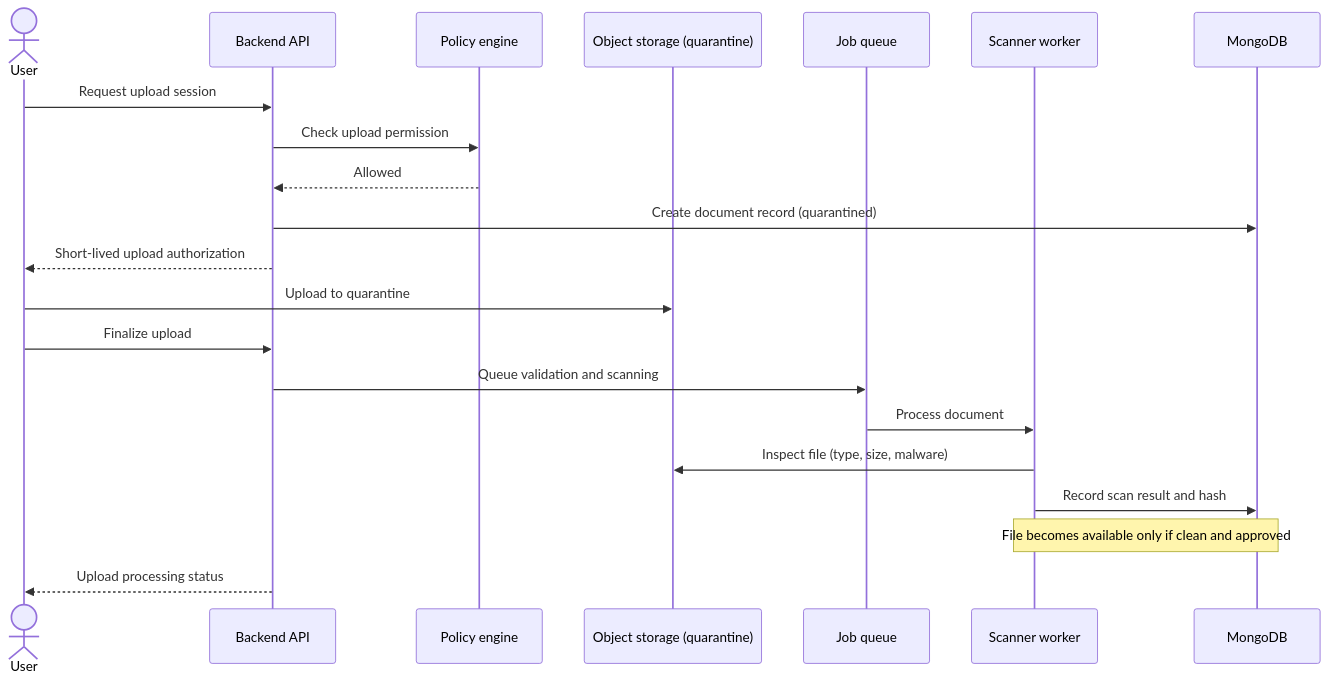
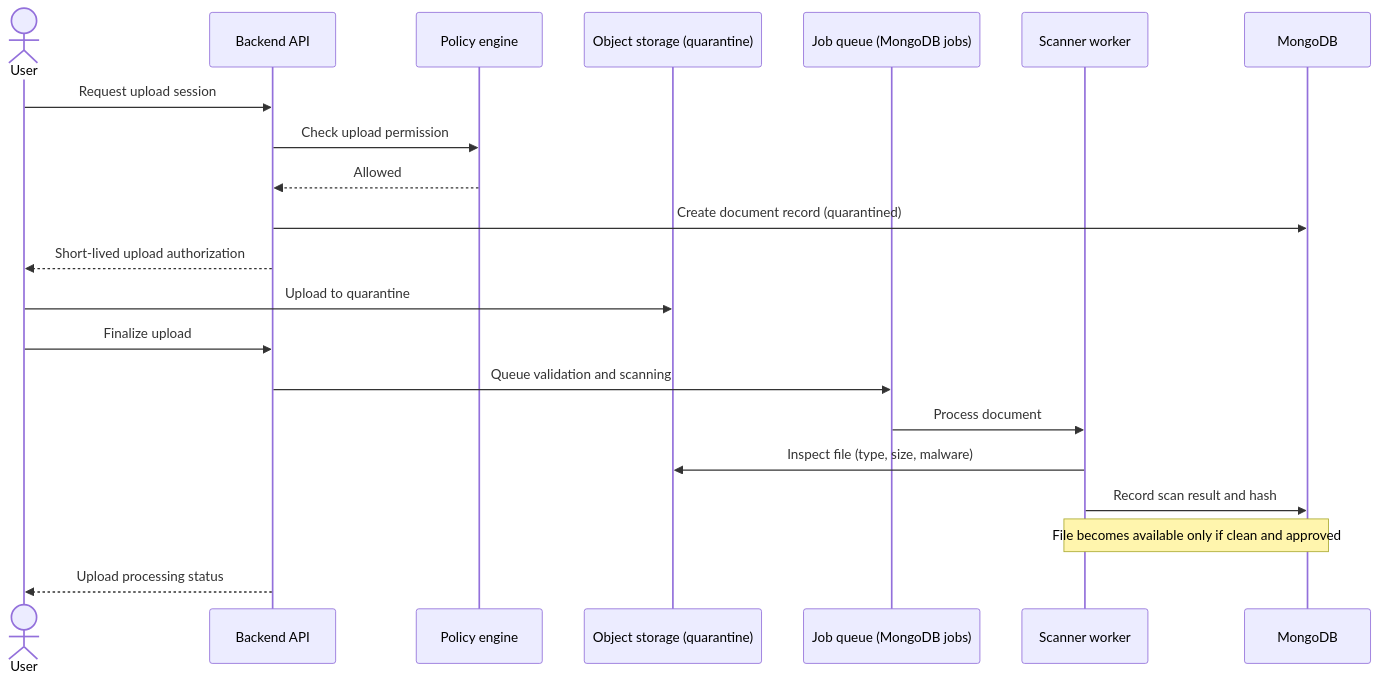
The ninth of 13 diagrams in 06-implementation-design-v1.md (greensoft-atom/tex-platform), drawn with Mermaid before and after one commit. The commit also changed other lines of this file and 615 other files, not shown here.

````diff
--- a/06-implementation-design-v1.md
+++ b/06-implementation-design-v1.md
@@ -1499,23 +1631,23 @@
 ```mermaid
 sequenceDiagram
     actor User
     participant API as Backend API
     participant POL as Policy engine
     participant OS as Object storage (quarantine)
-    participant Q as Job queue
+    participant Q as Job queue (MongoDB jobs)
     participant SC as Scanner worker
     participant DB as MongoDB
     User->>API: Request upload session
     API->>POL: Check upload permission
     POL-->>API: Allowed
     API->>DB: Create document record (quarantined)
     API-->>User: Short-lived upload authorization
     User->>OS: Upload to quarantine
     User->>API: Finalize upload
     API->>Q: Queue validation and scanning
     Q->>SC: Process document
     SC->>OS: Inspect file (type, size, malware)
     SC->>DB: Record scan result and hash
     Note over SC,DB: File becomes available only if clean and approved
     API-->>User: Upload processing status
 ```
````
